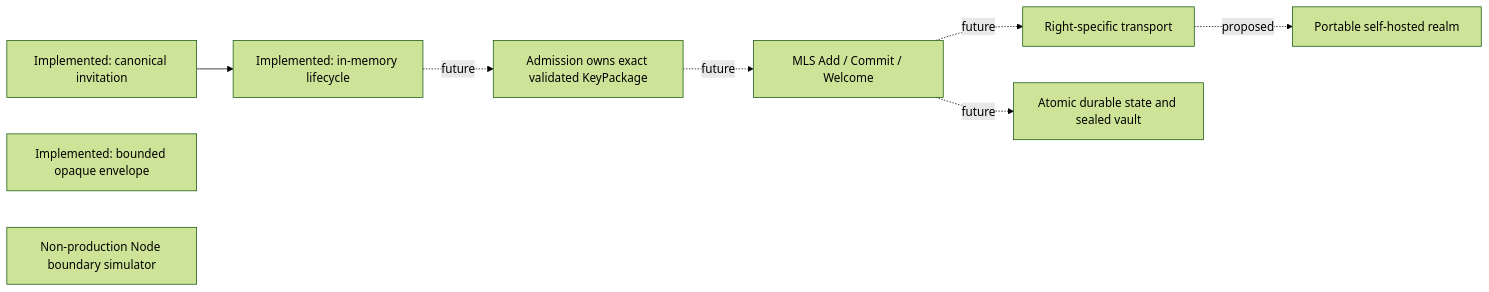
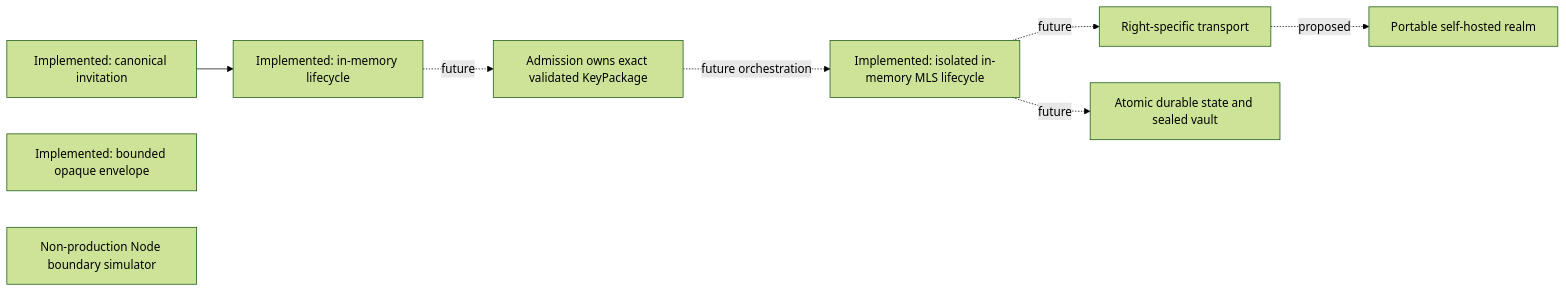
The diagram in docs/INDEPENDENT_AUDIT_BRIEF.md (dills122/session-chat), drawn with Mermaid (forest theme) before and after one commit. The commit also changed other lines of this file and 30 other files, not shown here.

First line of the commit message:
Add isolated two-party MLS laboratory and provider-neutral messaging (#256)

````diff
--- a/docs/INDEPENDENT_AUDIT_BRIEF.md
+++ b/docs/INDEPENDENT_AUDIT_BRIEF.md
@@ -55,11 +60,12 @@
 ```mermaid
 flowchart LR
   I["Implemented: canonical invitation"] --> R["Implemented: in-memory lifecycle"]
   E["Implemented: bounded opaque envelope"]
+  M["Implemented: isolated in-memory MLS lifecycle"]
   N["Non-production Node boundary simulator"]
   R -. future .-> A["Admission owns exact validated KeyPackage"]
-  A -. future .-> M["MLS Add / Commit / Welcome"]
+  A -. future orchestration .-> M
   M -. future .-> T["Right-specific transport"]
   M -. future .-> V["Atomic durable state and sealed vault"]
   T -. proposed .-> H["Portable self-hosted realm"]
 ```
````
